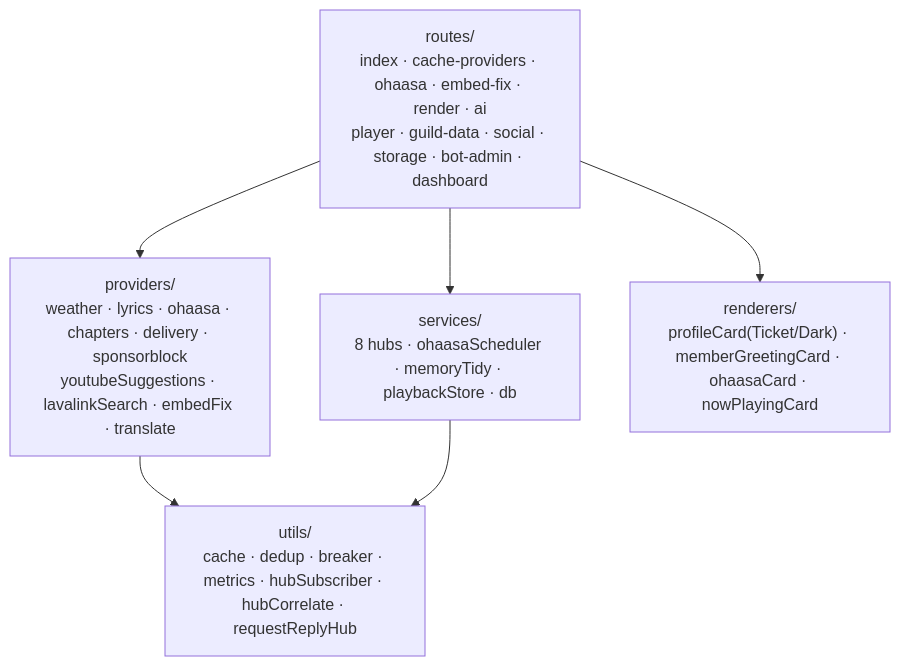
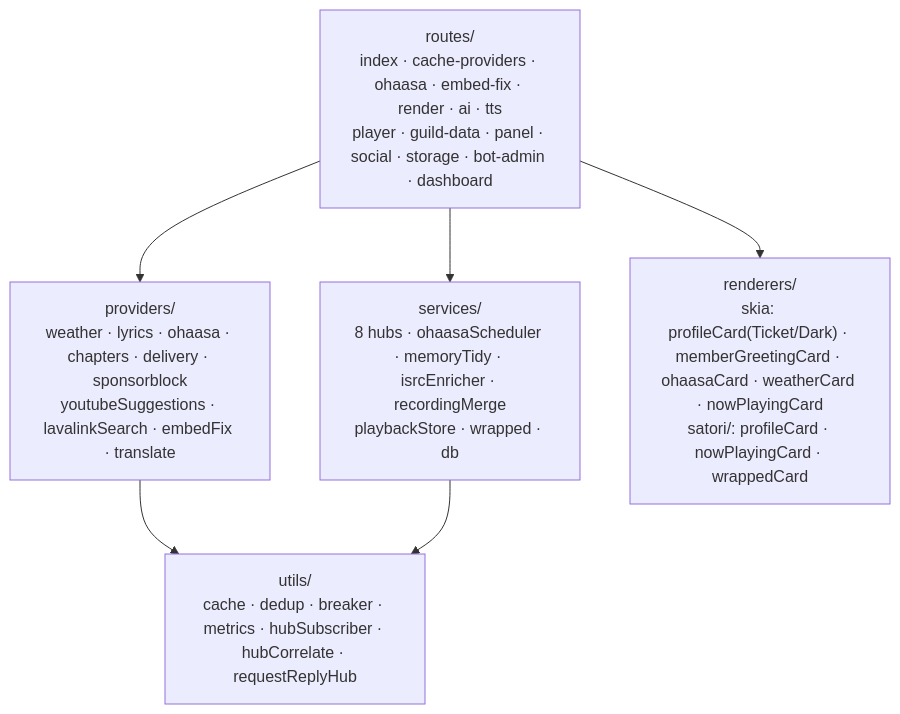
Before and after one commit to mochilabs/SiruBOT: the third of 10 diagrams in docs/architecture.md, drawn with Mermaid. The commit also changed other lines of this file and 6 other files, not shown here.

First line of the commit message:
docs: docs/를 현재 코드에 맞게 갱신 (믹서 v2 프로토콜, ISRC, satori, 모델 22개)

````diff
--- a/docs/architecture.md
+++ b/docs/architecture.md
@@ -208,8 +213,8 @@
 ```mermaid
 graph TB
-    R1["routes/<br/>index · cache-providers · ohaasa · embed-fix · render · ai<br/>player · guild-data · social · storage · bot-admin · dashboard"] --> P["providers/<br/>weather · lyrics · ohaasa · chapters · delivery · sponsorblock<br/>youtubeSuggestions · lavalinkSearch · embedFix · translate"]
-    R1 --> S["services/<br/>8 hubs · ohaasaScheduler · memoryTidy · playbackStore · db"]
-    R1 --> RD["renderers/<br/>profileCard(Ticket/Dark) · memberGreetingCard · ohaasaCard · nowPlayingCard"]
+    R1["routes/<br/>index · cache-providers · ohaasa · embed-fix · render · ai · tts<br/>player · guild-data · panel · social · storage · bot-admin · dashboard"] --> P["providers/<br/>weather · lyrics · ohaasa · chapters · delivery · sponsorblock<br/>youtubeSuggestions · lavalinkSearch · embedFix · translate"]
+    R1 --> S["services/<br/>8 hubs · ohaasaScheduler · memoryTidy · isrcEnricher · recordingMerge<br/>playbackStore · wrapped · db"]
+    R1 --> RD["renderers/<br/>skia: profileCard(Ticket/Dark) · memberGreetingCard · ohaasaCard · weatherCard · nowPlayingCard<br/>satori/: profileCard · nowPlayingCard · wrappedCard"]
     P --> U["utils/<br/>cache · dedup · breaker · metrics · hubSubscriber · hubCorrelate · requestReplyHub"]
     S --> U
 ```
````
